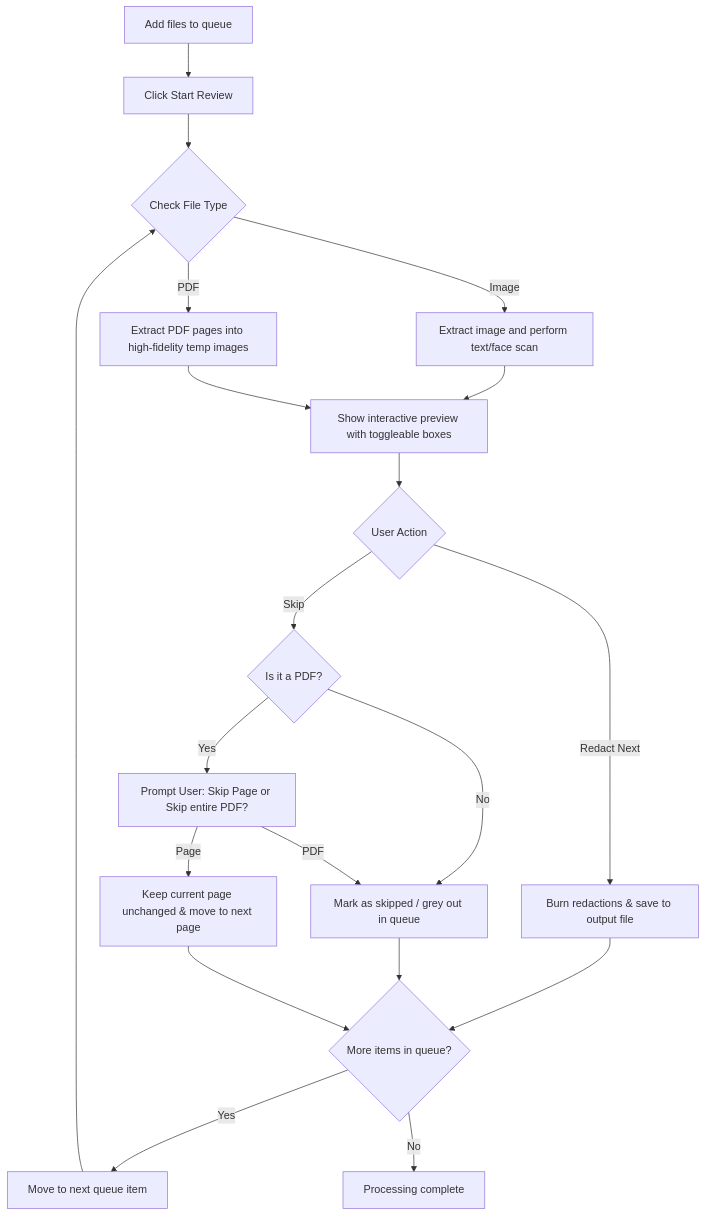
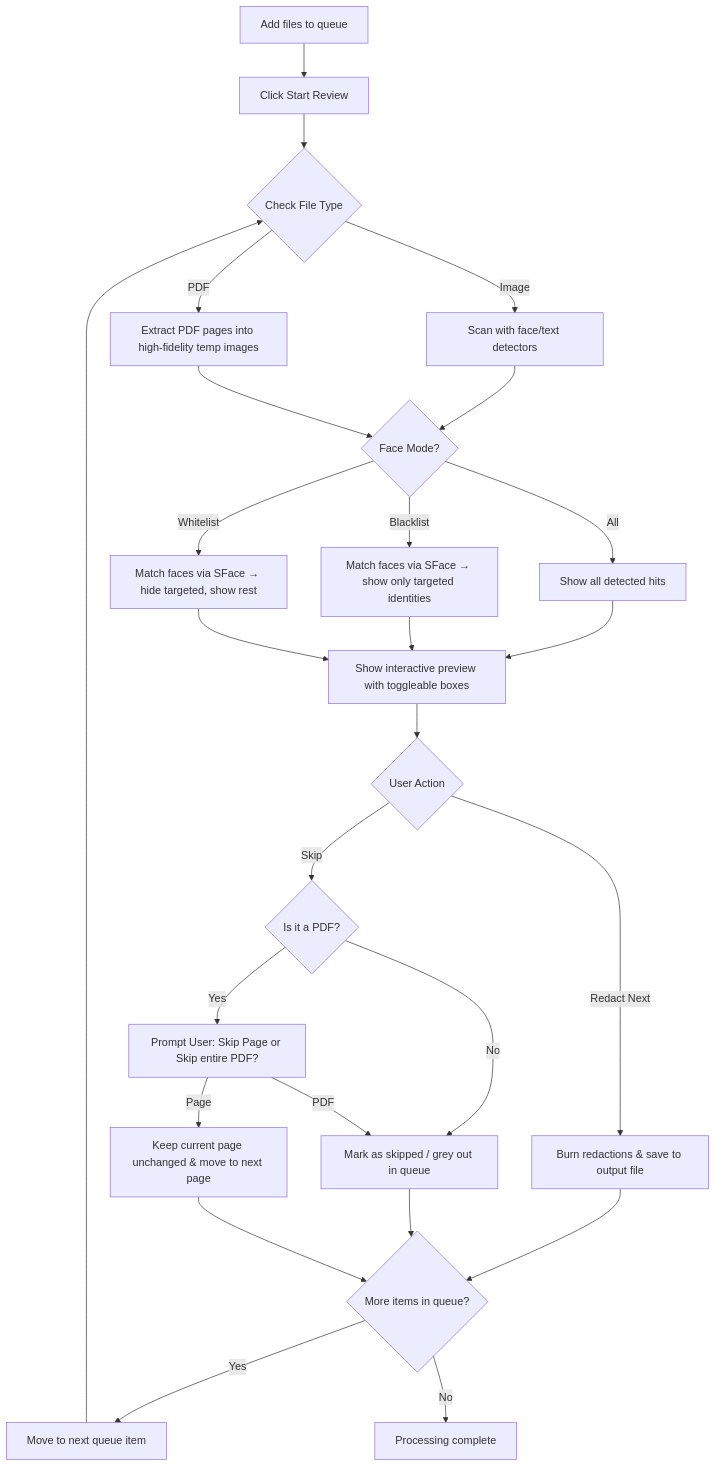
The first of 4 diagrams in docs/architecture/workflows.md (FurqanHun/SafeMARC), drawn with Mermaid before and after one commit. The commit also changed other lines of this file and 2 other files, not shown here.

First line of the commit message:
docs: update architecture diagrams with identity system

````diff
--- a/docs/architecture/workflows.md
+++ b/docs/architecture/workflows.md
@@ -7,28 +7,36 @@
 ```mermaid
 graph TD
     A[Add files to queue] --> B[Click Start Review]
     B --> C{Check File Type}
     
-    C -- Image --> D[Extract image and perform text/face scan]
+    C -- Image --> D[Scan with face/text detectors]
     C -- PDF --> E[Extract PDF pages into high-fidelity temp images]
 
-    D --> F[Show interactive preview with toggleable boxes]
-    E --> F
+    D --> F1{Face Mode?}
+    E --> F1
+
+    F1 -- All --> F2[Show all detected hits]
+    F1 -- Blacklist --> F3[Match faces via SFace → show only targeted identities]
+    F1 -- Whitelist --> F4[Match faces via SFace → hide targeted, show rest]
+
+    F2 --> F[Show interactive preview with toggleable boxes]
+    F3 --> F
+    F4 --> F
 
     F --> G{User Action}
     G -- Redact Next --> H[Burn redactions & save to output file]
     G -- Skip --> I{Is it a PDF?}
     
     I -- No --> J[Mark as skipped / grey out in queue]
     I -- Yes --> K[Prompt User: Skip Page or Skip entire PDF?]
     K -- Page --> L[Keep current page unchanged & move to next page]
     K -- PDF --> J
 
     H --> M{More items in queue?}
     J --> M
     L --> M
 
     M -- Yes --> N[Move to next queue item]
     N --> C
     M -- No --> O[Processing complete]
 ```
````
